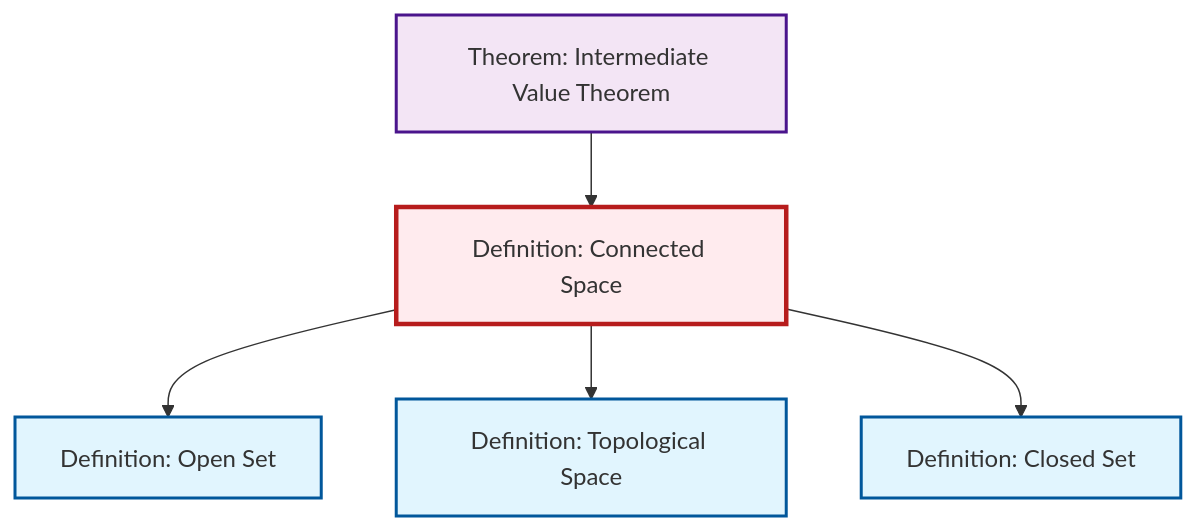
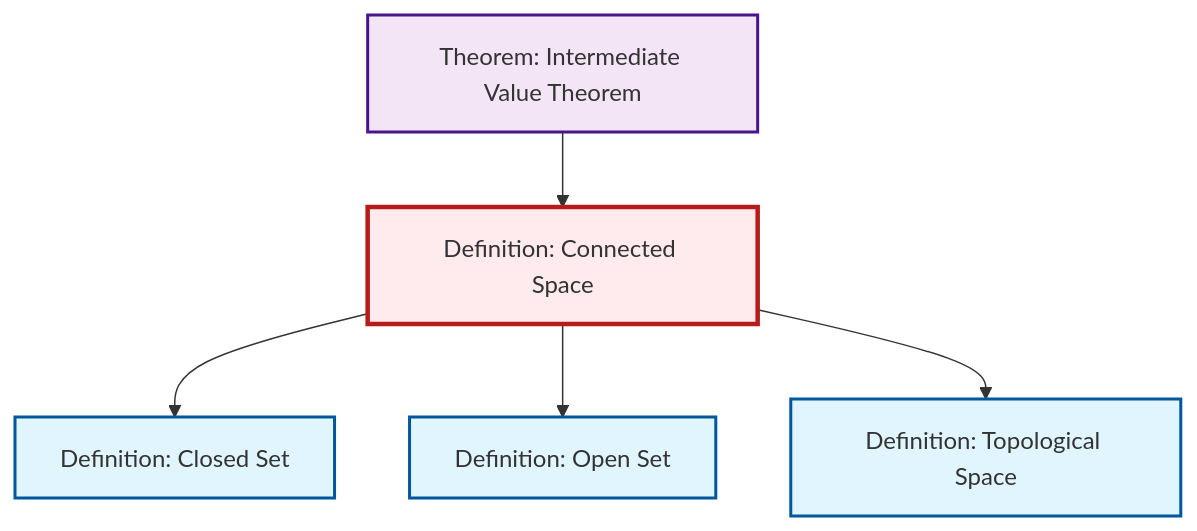
One commit to RK0429/ModernMath changed the diagram in output/mermaid/def-connected.mermaid. Above: the diagram before and after it, drawn with Mermaid. The commit also changed other lines of this file and 151 other files, not shown here.

````diff
--- a/output/mermaid/def-connected.mermaid
+++ b/output/mermaid/def-connected.mermaid
@@ -1,19 +1,19 @@
 ```{mermaid}
 %%| fig-cap: "Local dependency graph"
 graph TD
     classDef definition fill:#e1f5fe,stroke:#01579b,stroke-width:2px
     classDef theorem fill:#f3e5f5,stroke:#4a148c,stroke-width:2px
     classDef axiom fill:#fff3e0,stroke:#e65100,stroke-width:2px
     classDef example fill:#e8f5e9,stroke:#1b5e20,stroke-width:2px
     classDef current fill:#ffebee,stroke:#b71c1c,stroke-width:3px
+    def-connected["Definition: Connected Space"]:::definition
+    def-open-set["Definition: Open Set"]:::definition
+    def-topological-space["Definition: Topological Space"]:::definition
+    def-closed-set["Definition: Closed Set"]:::definition
     thm-intermediate-value["Theorem: Intermediate Value Theorem"]:::theorem
-    def-topological-space["Definition: Topological Space"]:::definition
-    def-connected["Definition: Connected Space"]:::definition
-    def-closed-set["Definition: Closed Set"]:::definition
-    def-open-set["Definition: Open Set"]:::definition
     thm-intermediate-value --> def-connected
+    def-connected --> def-closed-set
     def-connected --> def-open-set
     def-connected --> def-topological-space
-    def-connected --> def-closed-set
     class def-connected current
 ```
````
